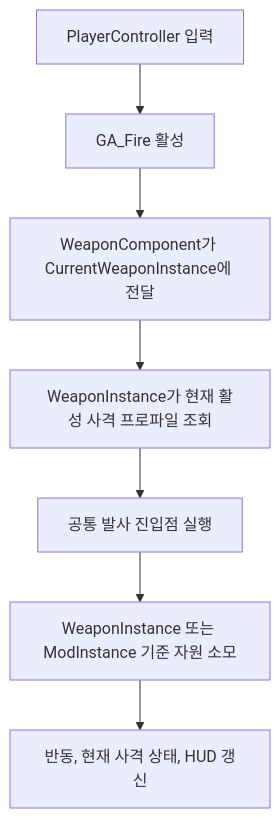
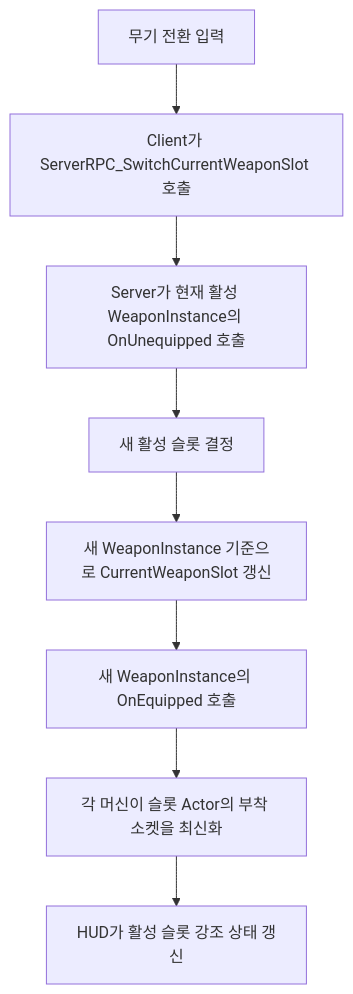
The second of 4 diagrams in Docs/[시스템 기획] 무기_장비.md (TeamApoc/ProjectR), drawn with Mermaid before and after one commit. The commit also changed other lines of this file and 36 other files, not shown here.

````diff
--- a/Docs/[시스템 기획] 무기_장비.md
+++ b/Docs/[시스템 기획] 무기_장비.md
@@ -167,9 +207,10 @@
 ```mermaid
 flowchart TD
-    A[PlayerController 입력] --> B[GA_Fire 활성]
-    B --> C[WeaponComponent가 CurrentWeaponInstance에 전달]
-    C --> D[WeaponInstance가 현재 활성 사격 프로파일 조회]
-    D --> E[공통 발사 진입점 실행]
-    E --> F[WeaponInstance 또는 ModInstance 기준 자원 소모]
-    F --> G[반동, 현재 사격 상태, HUD 갱신]
+    A[무기 전환 입력] --> B[Client가 ServerRPC_SwitchCurrentWeaponSlot 호출]
+    B --> C[Server가 현재 활성 WeaponInstance의 OnUnequipped 호출]
+    C --> D[새 활성 슬롯 결정]
+    D --> E[새 WeaponInstance 기준으로 CurrentWeaponSlot 갱신]
+    E --> F[새 WeaponInstance의 OnEquipped 호출]
+    F --> G[각 머신이 슬롯 Actor의 부착 소켓을 최신화]
+    G --> H[HUD가 활성 슬롯 강조 상태 갱신]
 ```
````
